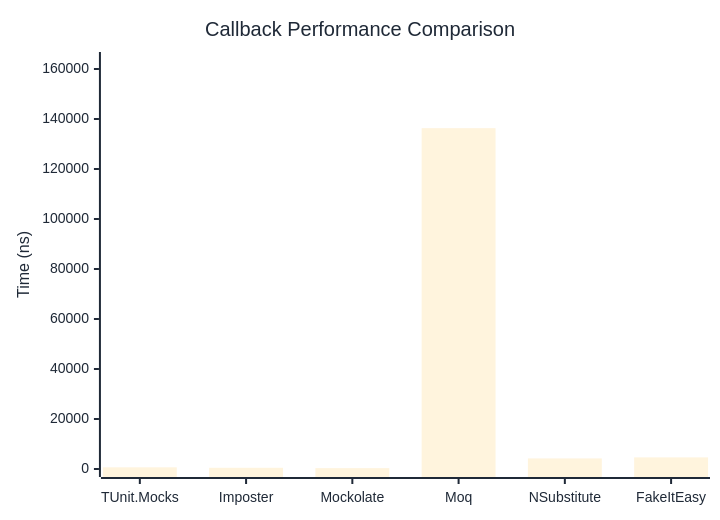
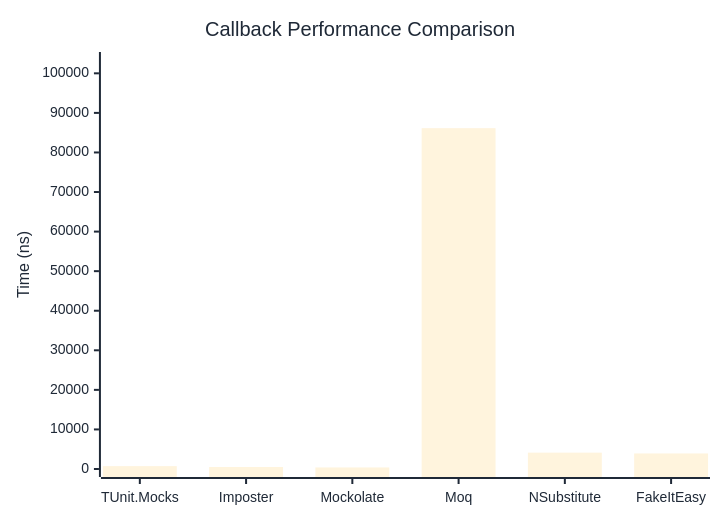
Before and after one commit to thomhurst/TUnit: the first of 2 diagrams in docs/docs/benchmarks/mocks/Callback.md, drawn with Mermaid. The commit also changed other lines of this file and 14 other files, not shown here.

````diff
--- a/docs/docs/benchmarks/mocks/Callback.md
+++ b/docs/docs/benchmarks/mocks/Callback.md
@@ -30,27 +30,27 @@
 ```mermaid
 %%{init: {
   'theme':'base',
   'themeVariables': {
     'primaryColor': '#2563eb',
     'primaryTextColor': '#1f2937',
     'primaryBorderColor': '#1e40af',
     'lineColor': '#6b7280',
     'secondaryColor': '#7c3aed',
     'tertiaryColor': '#dc2626',
     'background': '#ffffff',
     'pie1': '#2563eb',
     'pie2': '#7c3aed',
     'pie3': '#dc2626',
     'pie4': '#f59e0b',
     'pie5': '#10b981',
     'pie6': '#06b6d4',
     'pie7': '#ec4899',
     'pie8': '#6366f1'
   }
 }}%%
 xychart-beta
   title "Callback Performance Comparison"
   x-axis ["TUnit.Mocks", "Imposter", "Mockolate", "Moq", "NSubstitute", "FakeItEasy"]
-  y-axis "Time (ns)" 0 --> 163598
-  bar [669, 483, 350.3, 136330.9, 4233.5, 4645.5]
+  y-axis "Time (ns)" 0 --> 103368
+  bar [725.6, 509.3, 392.1, 86139.5, 4132.7, 3928.5]
 ```
````
